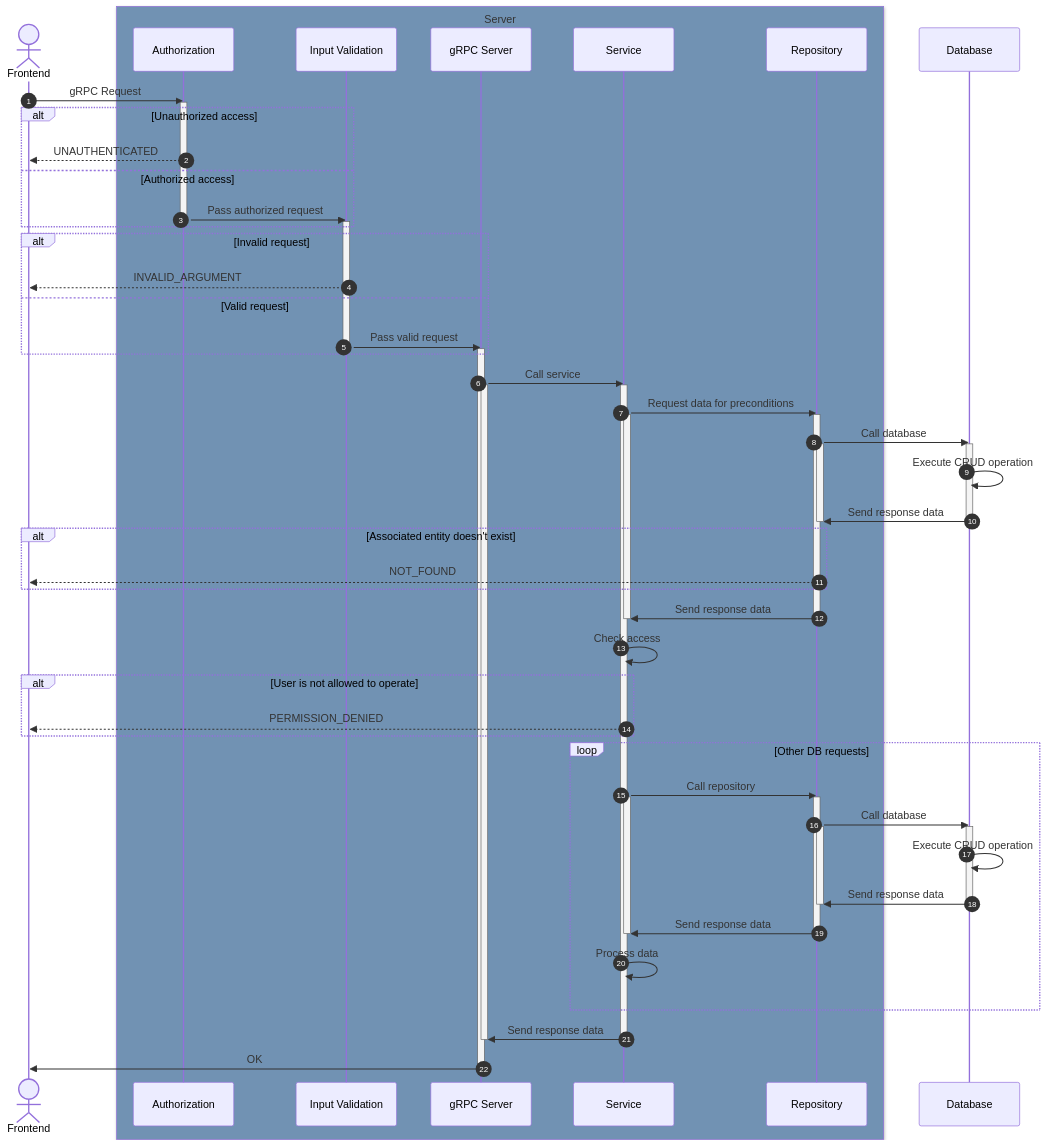
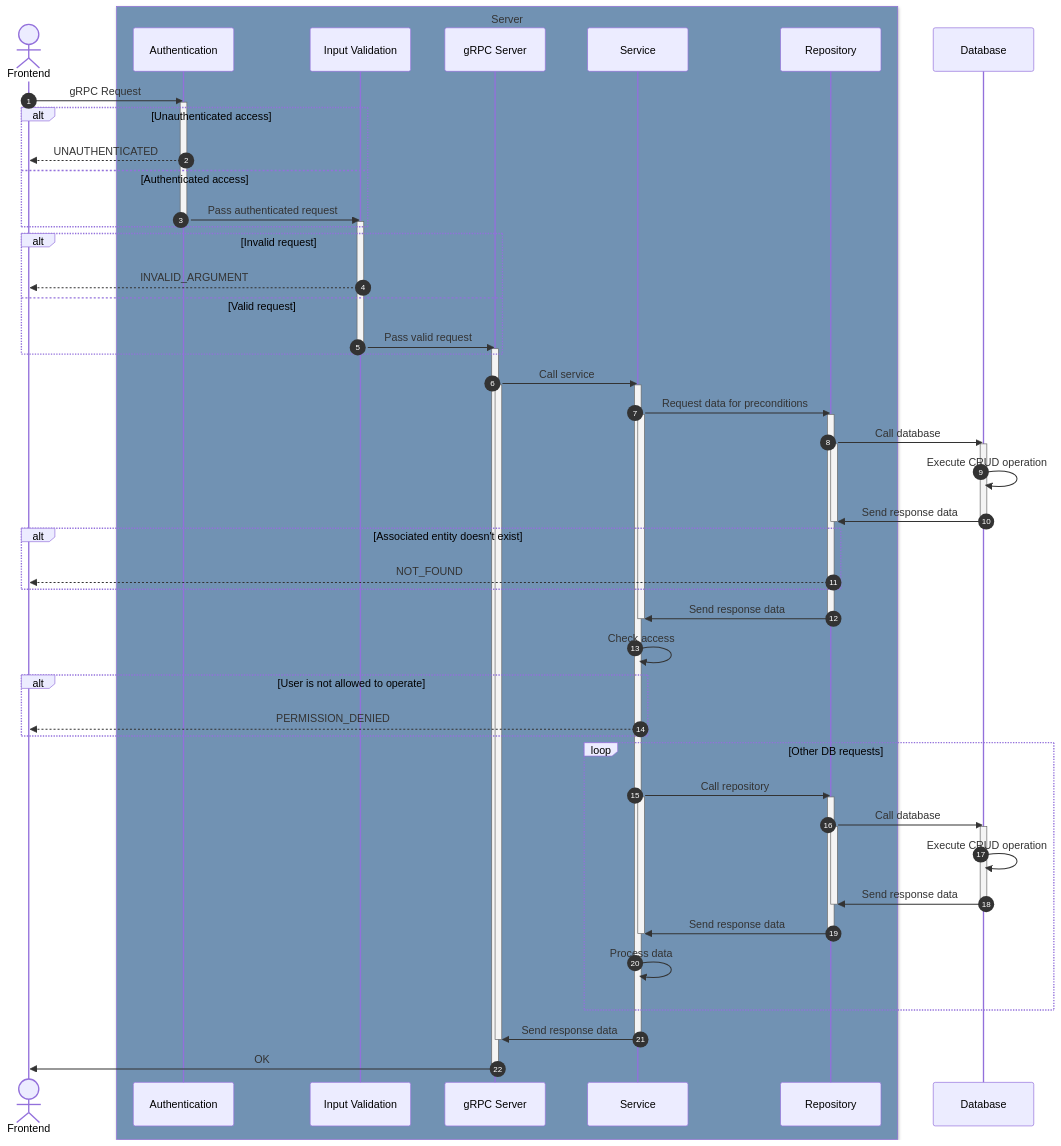
One commit to SE-UUlm/snowballr-backend changed the diagram in wiki/Architecture.md. Above: the diagram before and after it, drawn with Mermaid. The commit also changed other lines of this file and 1 other file, not shown here.

Commit message:
feat: remove duplicates

````diff
--- a/wiki/Architecture.md
+++ b/wiki/Architecture.md
@@ -9,82 +9,82 @@
 ```mermaid
 sequenceDiagram
     autonumber
     actor Frontend
     box rgb(113,146,179) Server
-        participant Authorization
+        participant Authentication
         participant Input Validation
         participant gRPC Server
         participant Service
         participant Repository
     end
     participant Database
-    Frontend ->> Authorization: gRPC Request
-    activate Authorization
+    Frontend ->> Authentication: gRPC Request
+    activate Authentication
 
-    alt Unauthorized access
-        Authorization -->> Frontend: UNAUTHENTICATED
-    else Authorized access
-        Authorization ->> Input Validation: Pass authorized request
-        deactivate Authorization
+    alt Unauthenticated access
+        Authentication -->> Frontend: UNAUTHENTICATED
+    else Authenticated access
+        Authentication ->> Input Validation: Pass authenticated request
+        deactivate Authentication
         activate Input Validation
     end
 
     alt Invalid request
         Input Validation -->> Frontend: INVALID_ARGUMENT
     else Valid request
         Input Validation ->> gRPC Server: Pass valid request
         deactivate Input Validation
         activate gRPC Server
     end
 
     gRPC Server ->> Service: Call service
     activate gRPC Server
     activate Service
     Service ->> Repository: Request data for preconditions
     activate Service
     activate Repository
     Repository ->> Database: Call database
     activate Database
     activate Repository
     Database ->> Database: Execute CRUD operation
     Database ->> Repository: Send response data
     deactivate Database
     deactivate Repository
 
     alt Associated entity doesn't exist
         Repository -->> Frontend: NOT_FOUND
     end
 
     Repository ->> Service: Send response data
     deactivate Service
     deactivate Repository
     Service ->> Service: Check access
 
     alt User is not allowed to operate
         Service -->> Frontend: PERMISSION_DENIED
         activate Input Validation
     end
 
     loop Other DB requests
         Service ->> Repository: Call repository
         activate Service
         activate Repository
         Repository ->> Database: Call database
         activate Repository
         activate Database
         Database ->> Database: Execute CRUD operation
         Database ->> Repository: Send response data
         deactivate Database
         deactivate Repository
         Repository ->> Service: Send response data
         deactivate Repository
         deactivate Service
         Service ->> Service: Process data
     end
 
     Service ->> gRPC Server: Send response data
     deactivate Service
     deactivate gRPC Server
     gRPC Server ->> Frontend: OK
     deactivate gRPC Server
 ```
````
